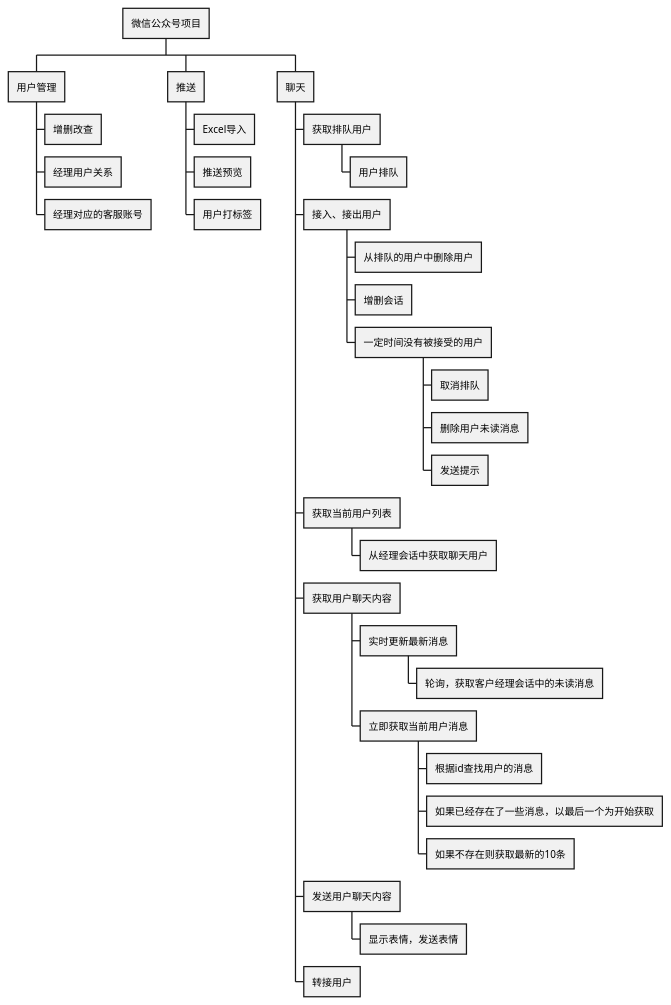
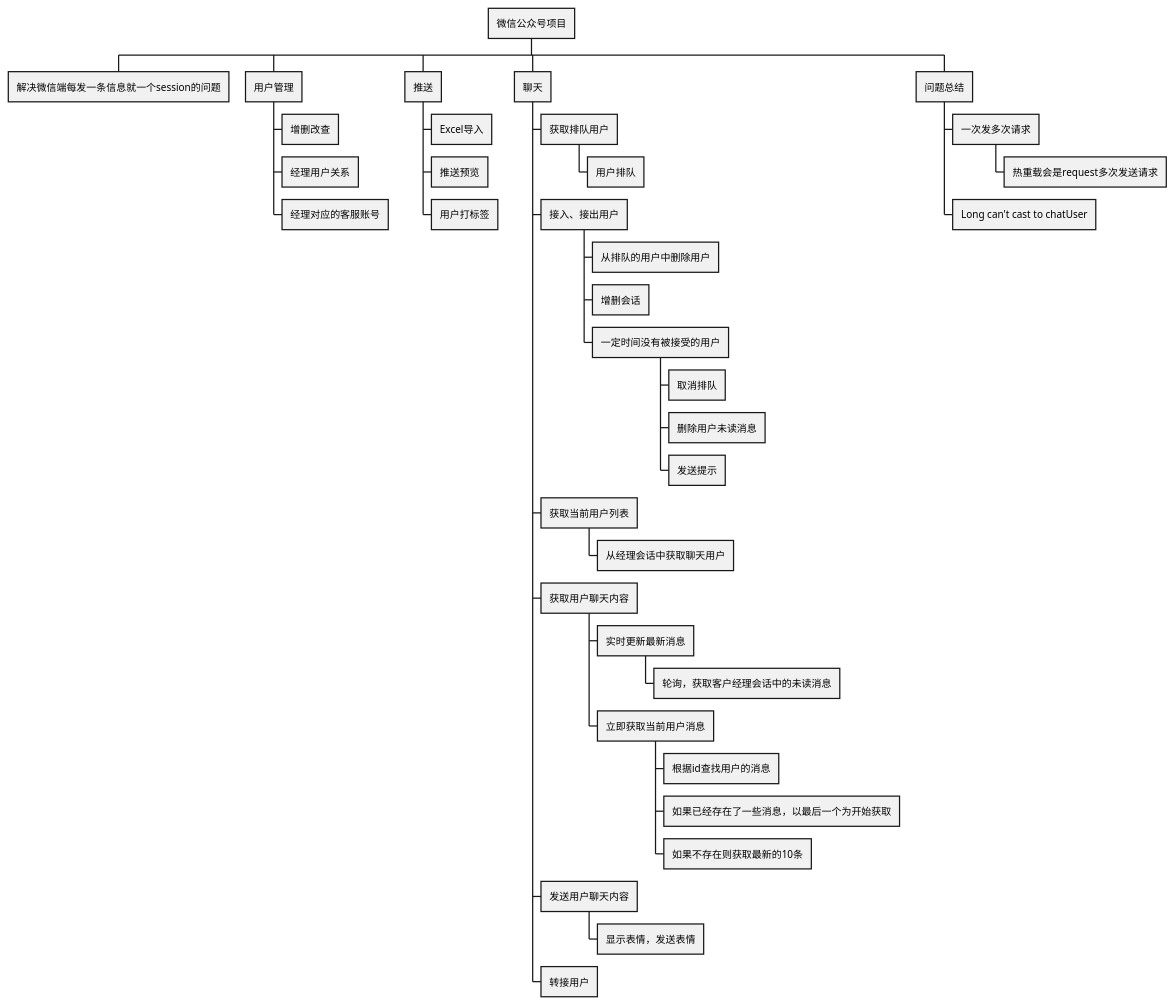
Before and after one commit to xiaxuchen/union: the diagram in Union.puml, drawn with PlantUML. The commit also changed 19 other files, not shown here.

```diff
--- a/Union.puml
+++ b/Union.puml
@@ -1,33 +1,38 @@
 @startwbs
 * 微信公众号项目
+** 解决微信端每发一条信息就一个session的问题
 ** 用户管理
 *** 增删改查
 *** 经理用户关系
 *** 经理对应的客服账号
 ** 推送
 *** Excel导入
 *** 推送预览
 *** 用户打标签
 ** 聊天
 *** 获取排队用户
 **** 用户排队
 *** 接入、接出用户
 **** 从排队的用户中删除用户
 **** 增删会话
 **** 一定时间没有被接受的用户
 ***** 取消排队
 ***** 删除用户未读消息
 ***** 发送提示
 *** 获取当前用户列表
 **** 从经理会话中获取聊天用户
 *** 获取用户聊天内容
 **** 实时更新最新消息
 ***** 轮询，获取客户经理会话中的未读消息
 **** 立即获取当前用户消息
 ***** 根据id查找用户的消息
 ***** 如果已经存在了一些消息，以最后一个为开始获取
 ***** 如果不存在则获取最新的10条
 *** 发送用户聊天内容
 **** 显示表情，发送表情
 *** 转接用户
+** 问题总结
+*** 一次发多次请求
+**** 热重载会是request多次发送请求
+*** Long can't cast to chatUser
 @endwbs
```
